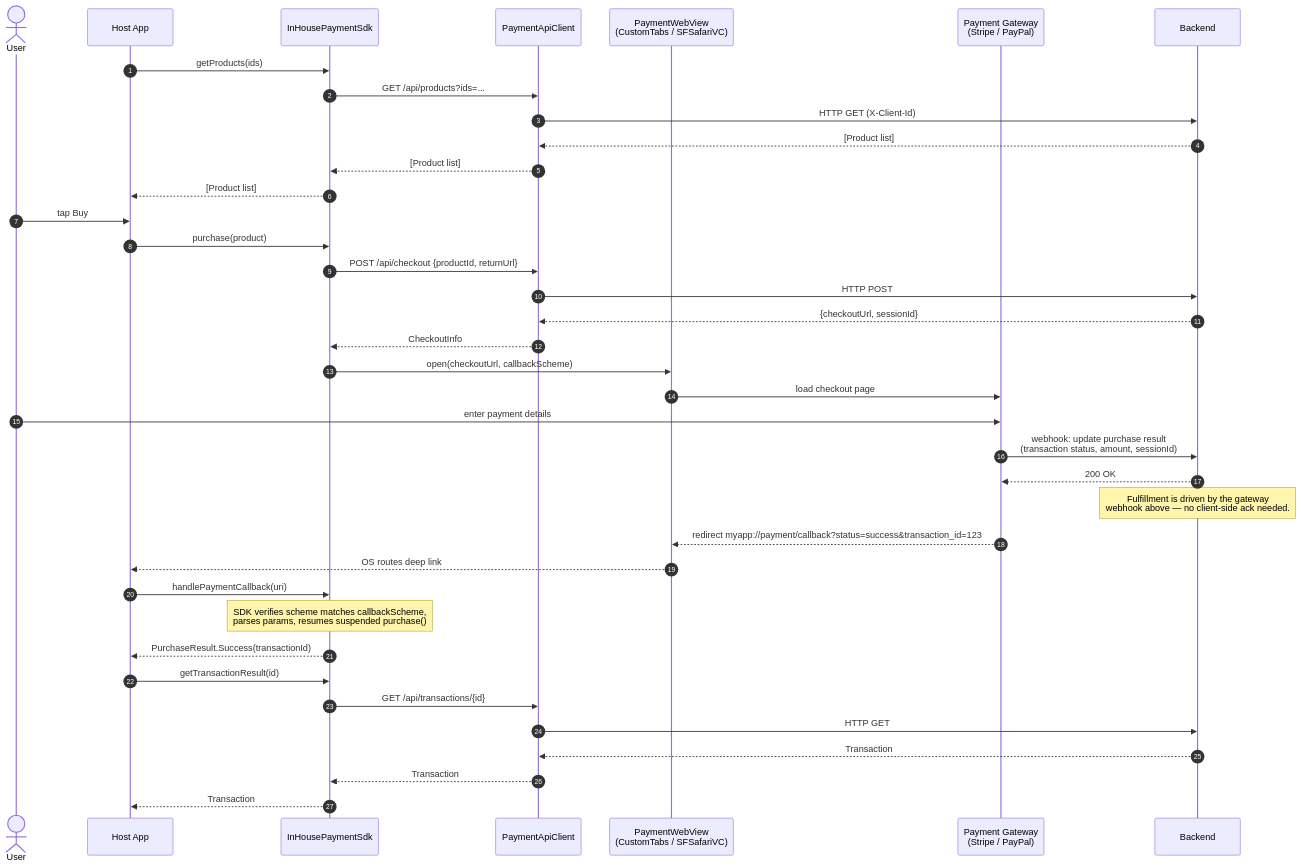
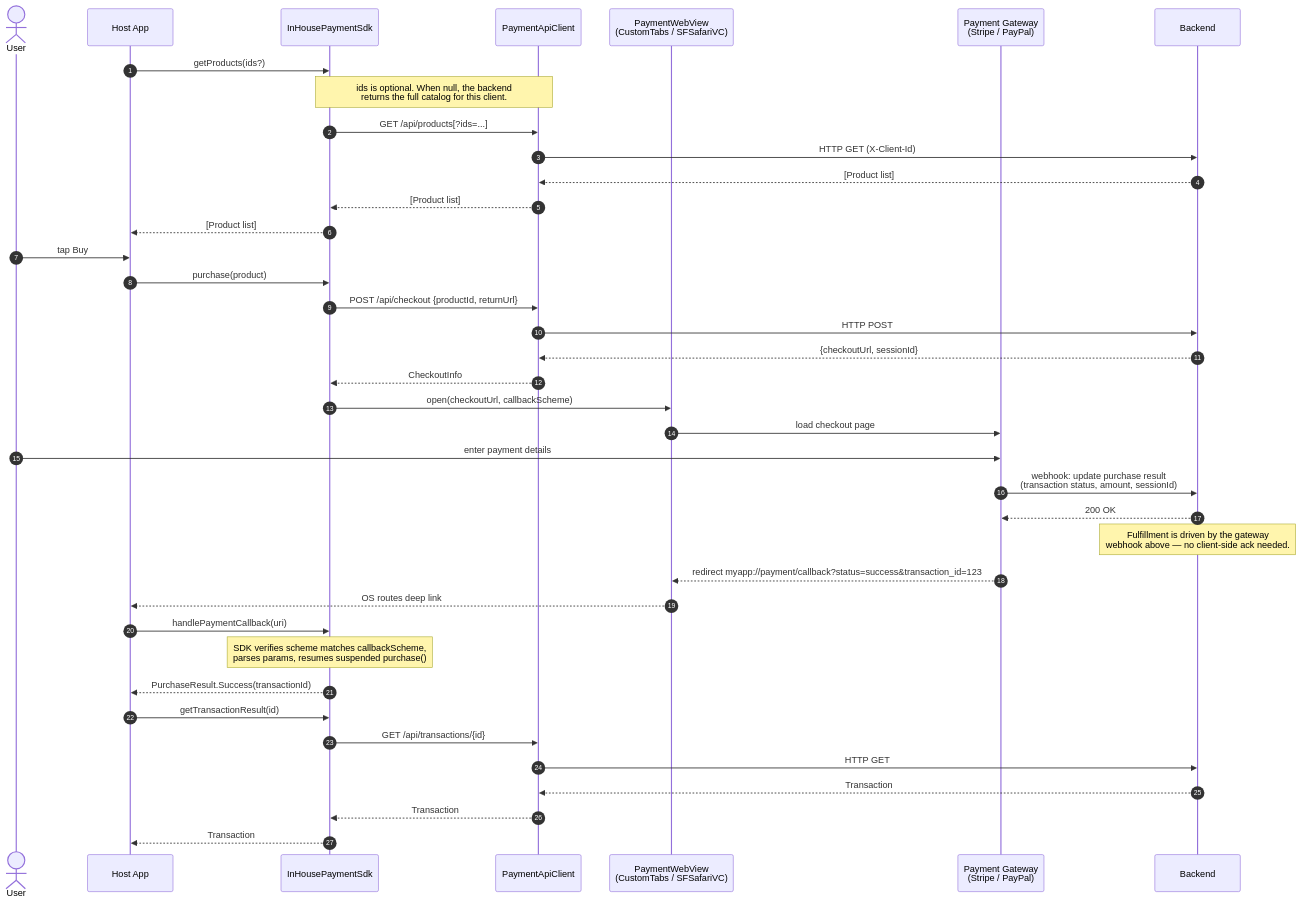
One commit to KhangTranUney/SharedPaymentSdk changed the first of 2 diagrams in README.md. Above: the diagram before and after it, drawn with Mermaid. The commit also changed other lines of this file and 5 other files, not shown here.

First line of the commit message:
Show client/server branches in parallel in section 4a sequence diagram

````diff
--- a/README.md
+++ b/README.md
@@ -144,43 +144,44 @@
 ```mermaid
 sequenceDiagram
     autonumber
     actor User
     participant App as Host App
     participant SDK as InHousePaymentSdk
     participant API as PaymentApiClient
     participant Web as PaymentWebView<br/>(CustomTabs / SFSafariVC)
     participant GW as Payment Gateway<br/>(Stripe / PayPal)
     participant BE as Backend
 
-    App->>SDK: getProducts(ids)
-    SDK->>API: GET /api/products?ids=...
+    App->>SDK: getProducts(ids?)
+    Note over SDK,API: ids is optional. When null, the backend<br/>returns the full catalog for this client.
+    SDK->>API: GET /api/products[?ids=...]
     API->>BE: HTTP GET (X-Client-Id)
     BE-->>API: [Product list]
     API-->>SDK: [Product list]
     SDK-->>App: [Product list]
 
     User->>App: tap Buy
     App->>SDK: purchase(product)
     SDK->>API: POST /api/checkout {productId, returnUrl}
     API->>BE: HTTP POST
     BE-->>API: {checkoutUrl, sessionId}
     API-->>SDK: CheckoutInfo
     SDK->>Web: open(checkoutUrl, callbackScheme)
     Web->>GW: load checkout page
     User->>GW: enter payment details
     GW->>BE: webhook: update purchase result<br/>(transaction status, amount, sessionId)
     BE-->>GW: 200 OK
     Note over BE: Fulfillment is driven by the gateway<br/>webhook above — no client-side ack needed.
     GW-->>Web: redirect myapp://payment/callback?status=success&transaction_id=123
     Web-->>App: OS routes deep link
     App->>SDK: handlePaymentCallback(uri)
     Note over SDK: SDK verifies scheme matches callbackScheme,<br/>parses params, resumes suspended purchase()
     SDK-->>App: PurchaseResult.Success(transactionId)
 
     App->>SDK: getTransactionResult(id)
     SDK->>API: GET /api/transactions/{id}
     API->>BE: HTTP GET
     BE-->>API: Transaction
     API-->>SDK: Transaction
     SDK-->>App: Transaction
 ```
````
